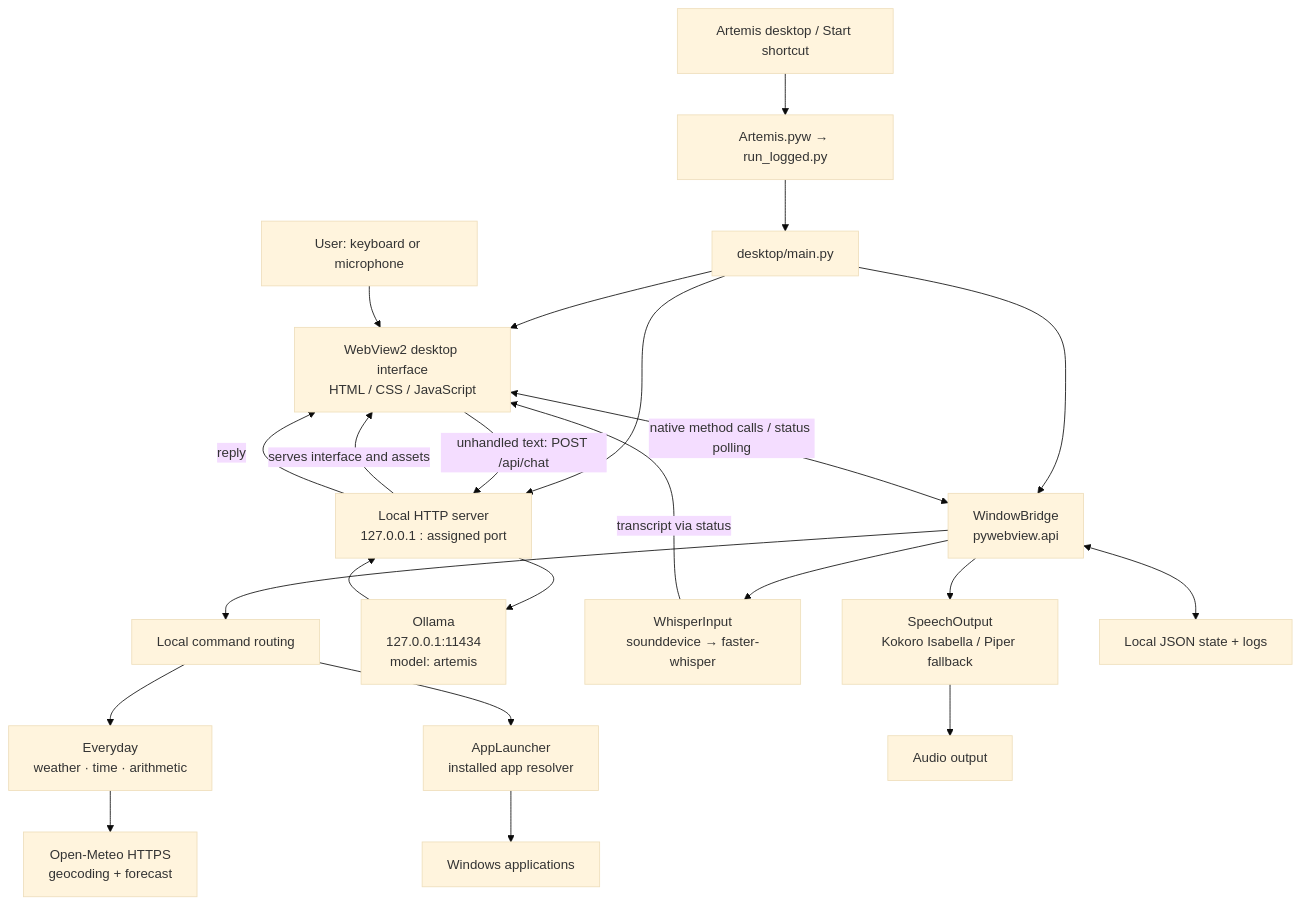
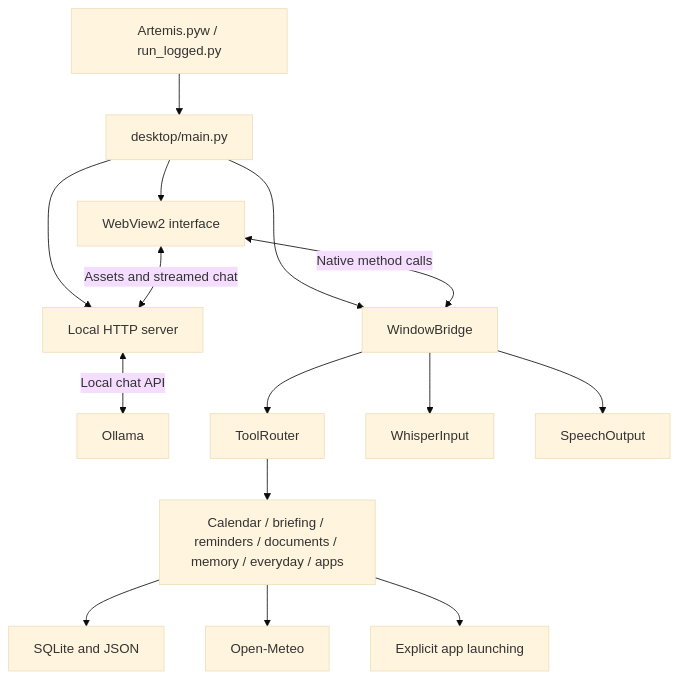
One commit to hitesh175/Artemis changed the diagram in ARCHITECTURE.md. Above: the diagram before and after it, drawn with Mermaid (base theme). The commit also changed other lines of this file and 9 other files, not shown here.

````diff
--- a/ARCHITECTURE.md
+++ b/ARCHITECTURE.md
@@ -9,39 +9,17 @@
 ```mermaid
 flowchart TB
-    User[User: keyboard or microphone]
-    Shortcut[Artemis desktop / Start shortcut]
-    Entry[Artemis.pyw → run_logged.py]
-    Main[desktop/main.py]
-    UI[WebView2 desktop interface\nHTML / CSS / JavaScript]
-    Bridge[WindowBridge\npywebview.api]
-    HTTP[Local HTTP server\n127.0.0.1 : assigned port]
-    Router[Local command routing]
-    Daily[Everyday\nweather · time · arithmetic]
-    Apps[AppLauncher\ninstalled app resolver]
-    Windows[Windows applications]
-    Ollama[Ollama\n127.0.0.1:11434\nmodel: artemis]
-    Weather[Open-Meteo HTTPS\ngeocoding + forecast]
-    STT[WhisperInput\nsounddevice → faster-whisper]
-    TTS[SpeechOutput\nKokoro Isabella / Piper fallback]
-    Speaker[Audio output]
-    Disk[Local JSON state + logs]
-    Shortcut --> Entry --> Main
-    Main --> UI
-    Main --> HTTP
-    Main --> Bridge
-    HTTP -->|serves interface and assets| UI
-    User --> UI
-    UI <-->|native method calls / status polling| Bridge
-    Bridge --> Router
-    Router --> Daily
-    Router --> Apps --> Windows
-    Daily --> Weather
-    UI -->|unhandled text: POST /api/chat| HTTP
-    HTTP --> Ollama
-    Ollama --> HTTP
-    HTTP -->|reply| UI
-    Bridge --> STT
-    STT -->|transcript via status| UI
-    Bridge --> TTS --> Speaker
-    Bridge <--> Disk
+    Entry[Artemis.pyw / run_logged.py] --> Desktop[desktop/main.py]
+    Desktop --> UI[WebView2 interface]
+    Desktop --> Bridge[WindowBridge]
+    Desktop --> HTTP[Local HTTP server]
+    UI <-->|Native method calls| Bridge
+    UI <-->|Assets and streamed chat| HTTP
+    HTTP <-->|Local chat API| Ollama[Ollama]
+    Bridge --> Router[ToolRouter]
+    Router --> Tools[Calendar / briefing / reminders / documents / memory / everyday / apps]
+    Tools --> Storage[SQLite and JSON]
+    Tools --> Weather[Open-Meteo]
+    Tools --> Windows[Explicit app launching]
+    Bridge --> Recognition[WhisperInput]
+    Bridge --> Speech[SpeechOutput]
 ```
````
